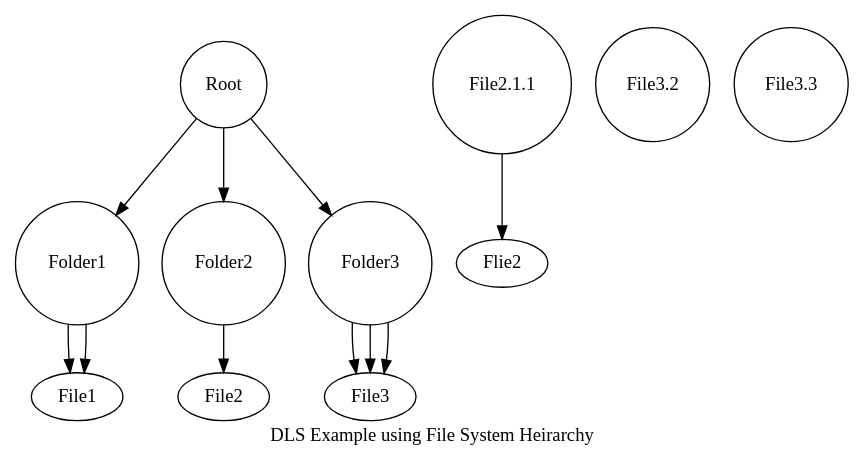
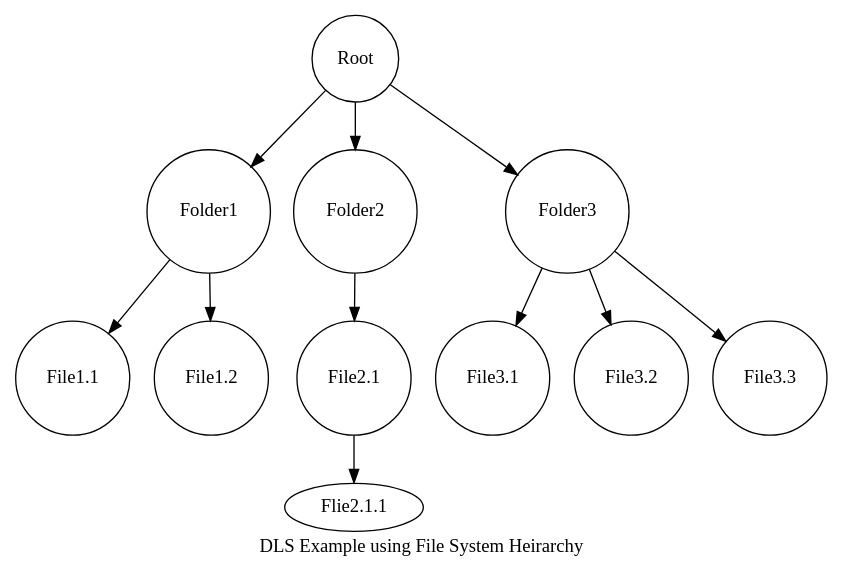
Before and after one commit to brpuneet898/ai-smps-guide: the second of 2 diagrams in dls.qmd, drawn with Graphviz. The commit also changed 5 other files, not shown here.

````diff
--- a/dls.qmd
+++ b/dls.qmd
@@ -108,28 +108,27 @@
 ```{dot}
 digraph dls_graph2 {
   Root [label="Root" shape=circle];
   Folder1 [label="Folder1" shape=circle];
   Folder2 [label="Folder2" shape=circle];
   Folder3 [label="Folder3" shape=circle];
-  File1.1 [label="File1.1" shape=circle];
-  File1.2 [label="File1.2" shape=circle];
-  File2.1 [label="File2.1" shape=circle];
-  File3.1 [label="File3.1" shape=circle];
-  File3.2 [label="File3.2" shape=circle];
-  File3.3 [label="File3.3" shape=circle];
-  File2.1.1 [label="File2.1.1" shape=circle];
+  "File1.1" [label="File1.1" shape=circle];
+  "File1.2" [label="File1.2" shape=circle];
+  "File2.1" [label="File2.1" shape=circle];
+  "File3.1" [label="File3.1" shape=circle];
+  "File3.2" [label="File3.2" shape=circle];
+  "File3.3" [label="File3.3" shape=circle];
   Root -> Folder1;
   Root -> Folder2;
   Root -> Folder3;
-  Folder1 -> File1.1;
-  Folder1 -> File1.2;
-  Folder2 -> File2.1;
-  Folder3 -> File3.1;
-  Folder3 -> File3.2;
-  Folder3 -> File3.3;
-  File2.1 -> Flie2.1.1
+  Folder1 -> "File1.1";
+  Folder1 -> "File1.2";
+  Folder2 -> "File2.1";
+  Folder3 -> "File3.1";
+  Folder3 -> "File3.2";
+  Folder3 -> "File3.3";
+  "File2.1" -> "Flie2.1.1";
   rankdir="TB"; 
   labelloc="b";
   label="DLS Example using File System Heirarchy";
 }
 ```
````
